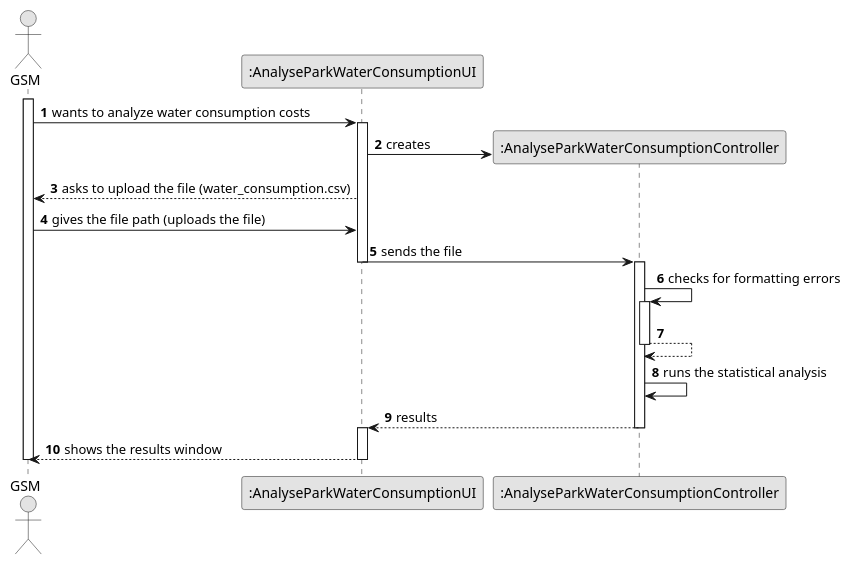
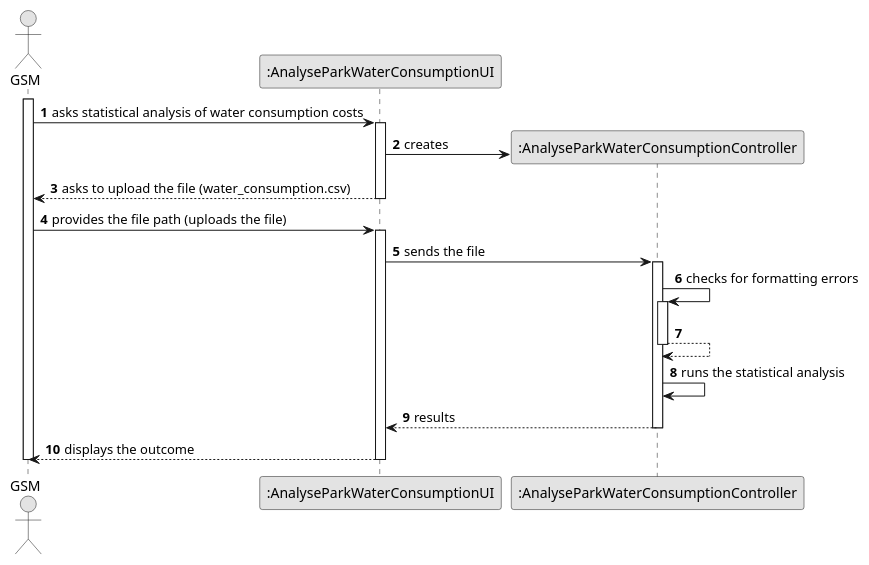
The diagram in docs/sprintB/us009/03.design/puml/us009-sequence-diagram-full.puml (ricardomm7/leaflink), drawn with PlantUML before and after one commit. The commit also changed 6 other files, not shown here.

```diff
--- a/docs/sprintB/us009/03.design/puml/us009-sequence-diagram-full.puml
+++ b/docs/sprintB/us009/03.design/puml/us009-sequence-diagram-full.puml
@@ -1,32 +1,35 @@
 @startuml
 skinparam monochrome true
 skinparam packageStyle rectangle
 skinparam shadowing false
 
 autonumber
 
 actor "GSM" as GSM
 participant ":AnalyseParkWaterConsumptionUI" as UI
 participant ":AnalyseParkWaterConsumptionController" as CTRL
 
 activate GSM
-GSM -> UI : wants to analyze water consumption costs
+
+GSM -> UI : asks statistical analysis of water consumption costs
 activate UI
+
 UI -> CTRL** : creates
 UI --> GSM : asks to upload the file (water_consumption.csv)
-GSM -> UI : gives the file path (uploads the file)
+deactivate UI
+GSM -> UI : provides the file path (uploads the file)
+activate UI
 UI -> CTRL : sends the file
-deactivate UI
+
 activate CTRL
 CTRL -> CTRL : checks for formatting errors
 activate CTRL
 CTRL -->CTRL
 deactivate CTRL
 CTRL -> CTRL : runs the statistical analysis
 CTRL --> UI : results
 deactivate CTRL
-activate UI
-UI --> GSM : shows the results window
+UI --> GSM : displays the outcome
 deactivate UI
 deactivate GSM
 @enduml
```
